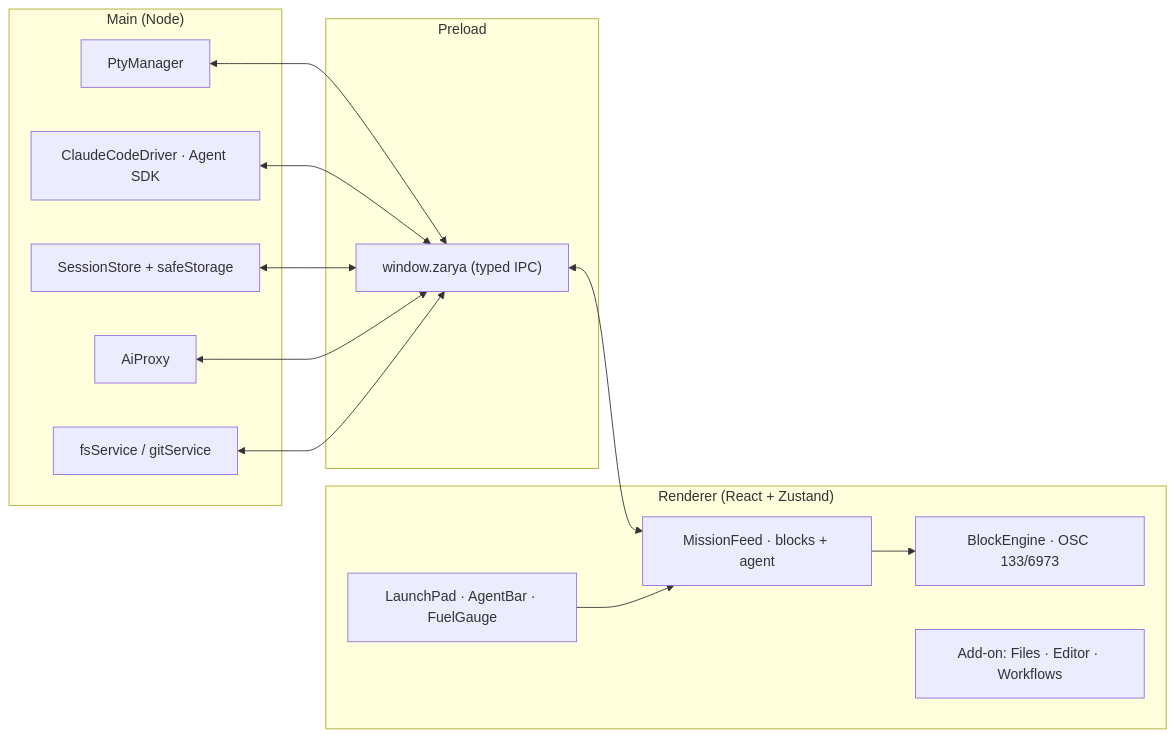
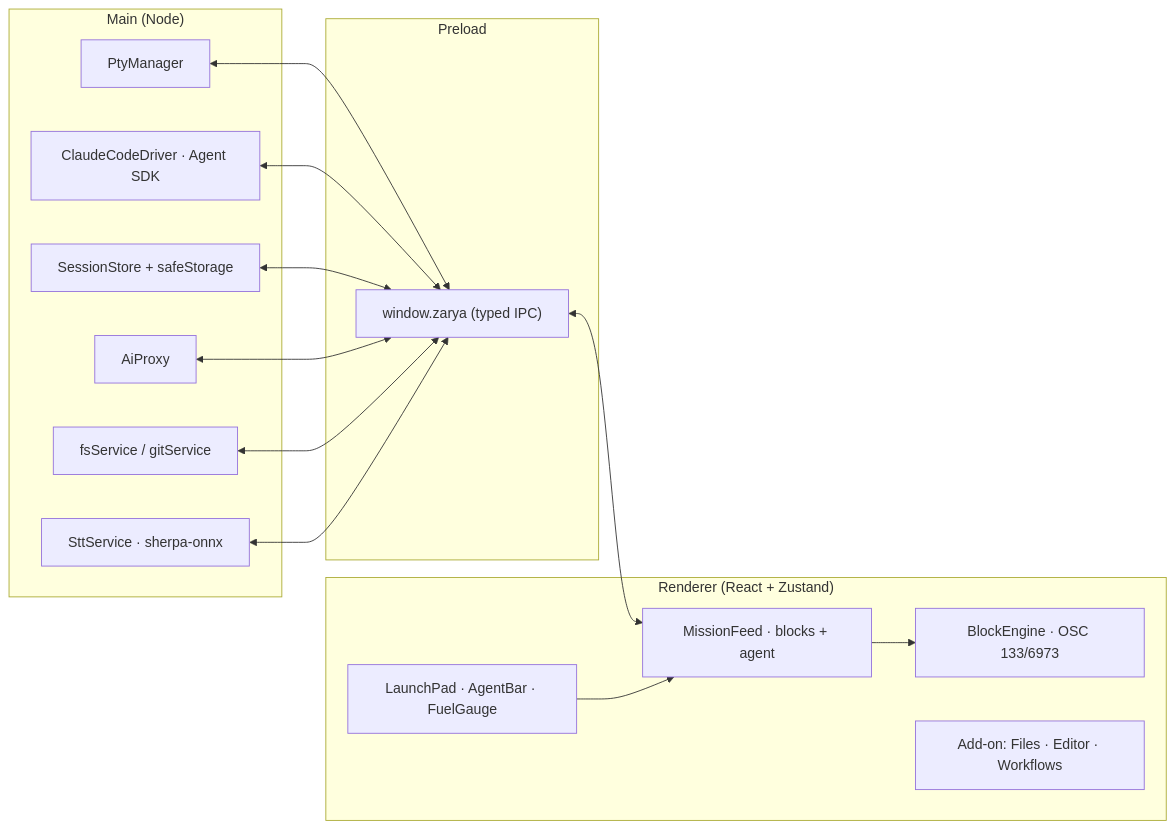
The diagram in README.md (gorka2354/zarya-terminal), drawn with Mermaid before and after one commit. The commit also changed other lines of this file, not shown here.

````diff
--- a/README.md
+++ b/README.md
@@ -183,27 +204,29 @@
 ```mermaid
 flowchart LR
     subgraph Main["Main (Node)"]
         PTY[PtyManager]
         CC[ClaudeCodeDriver · Agent SDK]
         SESS[SessionStore + safeStorage]
         AI[AiProxy]
         FS[fsService / gitService]
+        STT[SttService · sherpa-onnx]
     end
     subgraph Bridge["Preload"]
         API["window.zarya (typed IPC)"]
     end
     subgraph Renderer["Renderer (React + Zustand)"]
         FEED[MissionFeed · blocks + agent]
         BE[BlockEngine · OSC 133/6973]
         UI[LaunchPad · AgentBar · FuelGauge]
         IDE[Add-on: Files · Editor · Workflows]
     end
     PTY <--> API
     CC <--> API
     SESS <--> API
     AI <--> API
     FS <--> API
+    STT <--> API
     API <--> FEED
     FEED --> BE
     UI --> FEED
 ```
````
